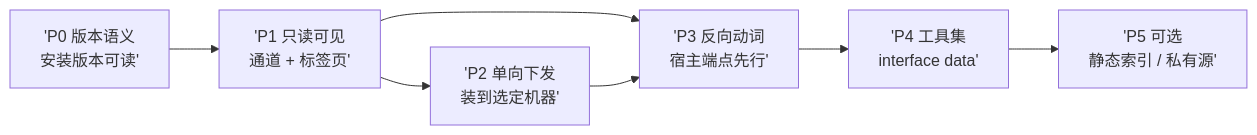
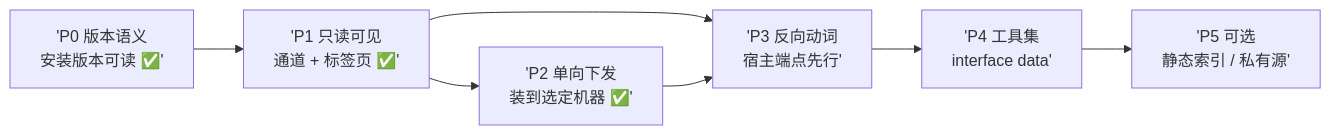
The diagram in PLUGIN_PLAN.md (Ethereal1024/Clutch), drawn with Mermaid before and after one commit. The commit also changed other lines of this file, not shown here.

````diff
--- a/PLUGIN_PLAN.md
+++ b/PLUGIN_PLAN.md
@@ -37,9 +79,9 @@
 ```mermaid
 flowchart LR
-  P0['P0 版本语义<br/>安装版本可读'] --> P1['P1 只读可见<br/>通道 + 标签页']
-  P1 --> P2['P2 单向下发<br/>装到选定机器']
+  P0['P0 版本语义<br/>安装版本可读 ✅'] --> P1['P1 只读可见<br/>通道 + 标签页 ✅']
+  P1 --> P2['P2 单向下发<br/>装到选定机器 ✅']
   P1 --> P3['P3 反向动词<br/>宿主端点先行']
   P2 --> P3
   P3 --> P4['P4 工具集<br/>interface data']
   P4 --> P5['P5 可选<br/>静态索引 / 私有源']
 ```
````
